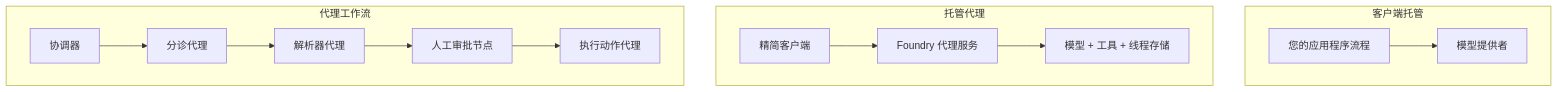
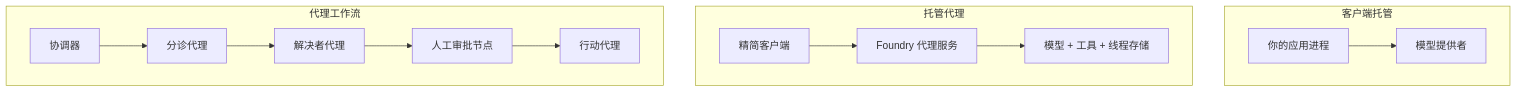
Before and after one commit to gabrielmoreira/agent-skills-mirror: the first of 4 diagrams in mirrors/repos/microsoft@ai-agents-for-beginners/translations/zh-CN/16-deploying-scalable-agents/README.md, drawn with Mermaid. The commit also changed other lines of this file and 3581 other files, not shown here.

````diff
--- a/mirrors/repos/microsoft@ai-agents-for-beginners/translations/zh-CN/16-deploying-scalable-agents/README.md
+++ b/mirrors/repos/microsoft@ai-agents-for-beginners/translations/zh-CN/16-deploying-scalable-agents/README.md
@@ -87,16 +87,16 @@
 ```mermaid
 flowchart TB
     subgraph P1[客户端托管]
-        A1[您的应用程序流程] --> M1[模型提供者]
+        A1[你的应用进程] --> M1[模型提供者]
     end
     subgraph P2[托管代理]
         A2[精简客户端] --> F2[Foundry 代理服务]
         F2 --> M2[模型 + 工具 + 线程存储]
     end
     subgraph P3[代理工作流]
         A3[协调器] --> S1[分诊代理]
-        S1 --> S2[解析器代理]
+        S1 --> S2[解决者代理]
         S2 --> H[人工审批节点]
-        H --> S3[执行动作代理]
+        H --> S3[行动代理]
     end
 ```
````
